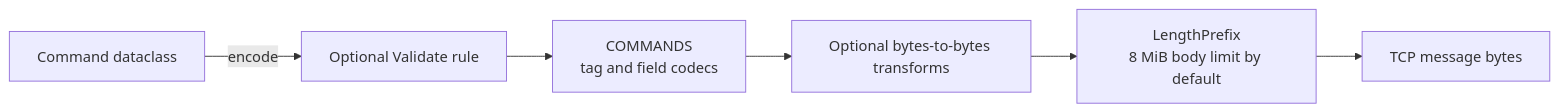
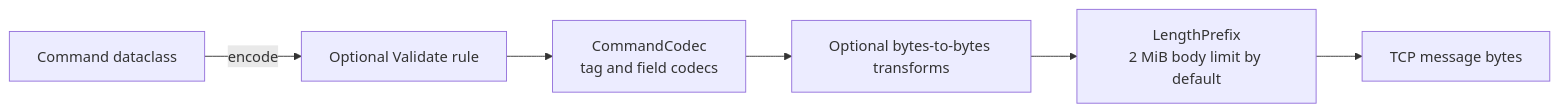
Before and after one commit to gchape/velis: the sixth of 6 diagrams in README.md, drawn with Mermaid. The commit also changed other lines of this file and 29 other files, not shown here.

Commit message:
refactor(codec): simplify wire codecs and tighten protocol bounds

````diff
--- a/README.md
+++ b/README.md
@@ -450,8 +455,8 @@
 ```mermaid
 flowchart LR
     command["Command dataclass"] -->|"encode"| rule["Optional Validate rule"]
-    rule --> schema["COMMANDS<br/>tag and field codecs"]
-    schema --> transform["Optional bytes-to-bytes transforms"]
-    transform --> framing["LengthPrefix<br/>8 MiB body limit by default"]
+    rule --> body["CommandCodec<br/>tag and field codecs"]
+    body --> transform["Optional bytes-to-bytes transforms"]
+    transform --> framing["LengthPrefix<br/>2 MiB body limit by default"]
     framing --> tcp["TCP message bytes"]
 ```
````
